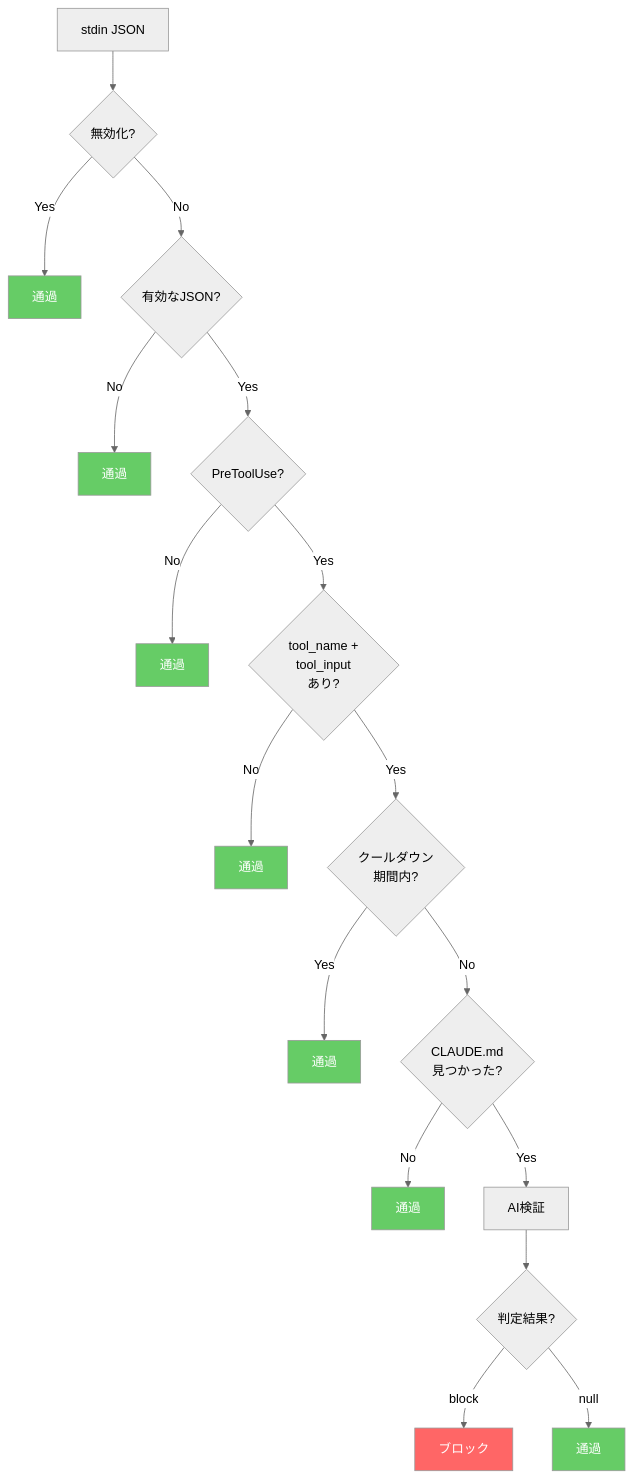
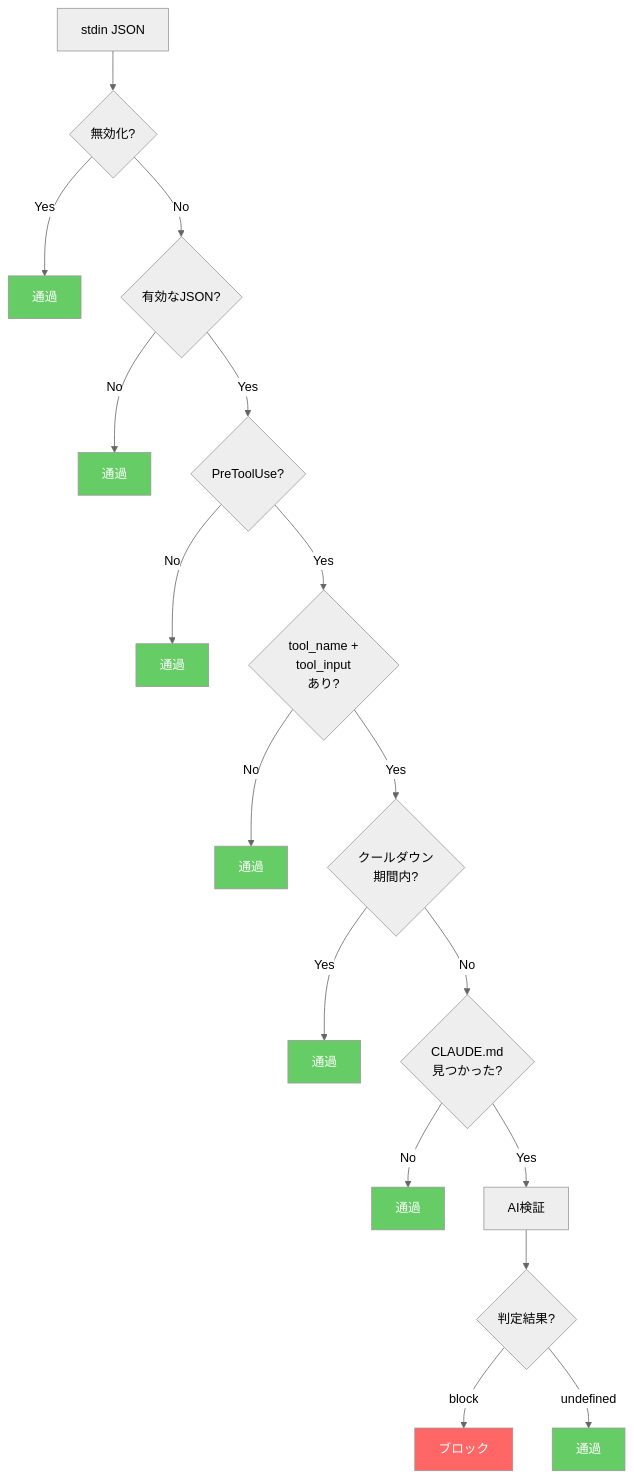
One commit to Hiro-Chiba/claudemd-guard changed the fifth of 5 diagrams in docs/architecture_jp.md. Above: the diagram before and after it, drawn with Mermaid (neutral theme). The commit also changed other lines of this file and 1 other file, not shown here.

First line of the commit message:
docs: fix decision type from null to undefined in architecture diagrams

````diff
--- a/docs/architecture_jp.md
+++ b/docs/architecture_jp.md
@@ -114,28 +115,28 @@
 ```mermaid
 flowchart TD
     Input[stdin JSON] --> Disabled{無効化?}
     Disabled -->|Yes| Pass1[通過]
     Disabled -->|No| Parse{有効なJSON?}
     Parse -->|No| Pass2[通過]
     Parse -->|Yes| Event{PreToolUse?}
     Event -->|No| Pass3[通過]
     Event -->|Yes| Tool{tool_name +<br/>tool_input<br/>あり?}
     Tool -->|No| Pass4[通過]
     Tool -->|Yes| Cooldown{クールダウン<br/>期間内?}
     Cooldown -->|Yes| Pass5[通過]
     Cooldown -->|No| Collect{CLAUDE.md<br/>見つかった?}
     Collect -->|No| Pass6[通過]
     Collect -->|Yes| Validate[AI検証]
     Validate --> Result{判定結果?}
     Result -->|block| Block[ブロック]
-    Result -->|null| Pass7[通過]
+    Result -->|undefined| Pass7[通過]
 
     style Block fill:#f66,color:#fff
     style Pass1 fill:#6c6,color:#fff
     style Pass2 fill:#6c6,color:#fff
     style Pass3 fill:#6c6,color:#fff
     style Pass4 fill:#6c6,color:#fff
     style Pass5 fill:#6c6,color:#fff
     style Pass6 fill:#6c6,color:#fff
     style Pass7 fill:#6c6,color:#fff
 ```
````
